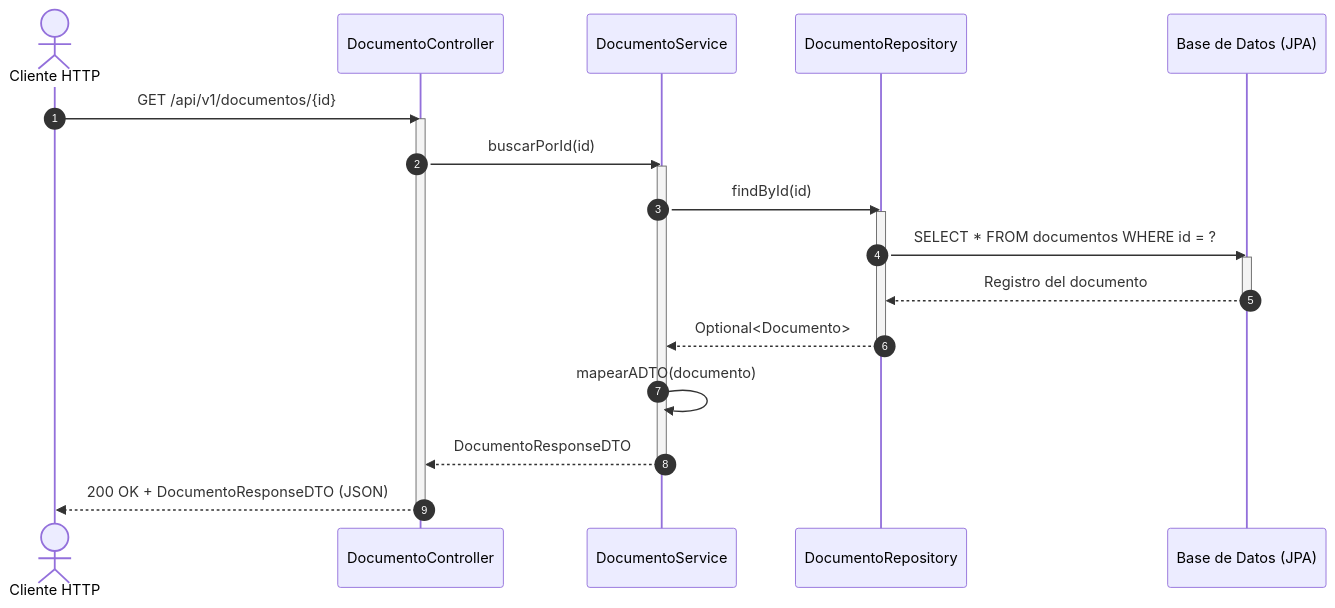
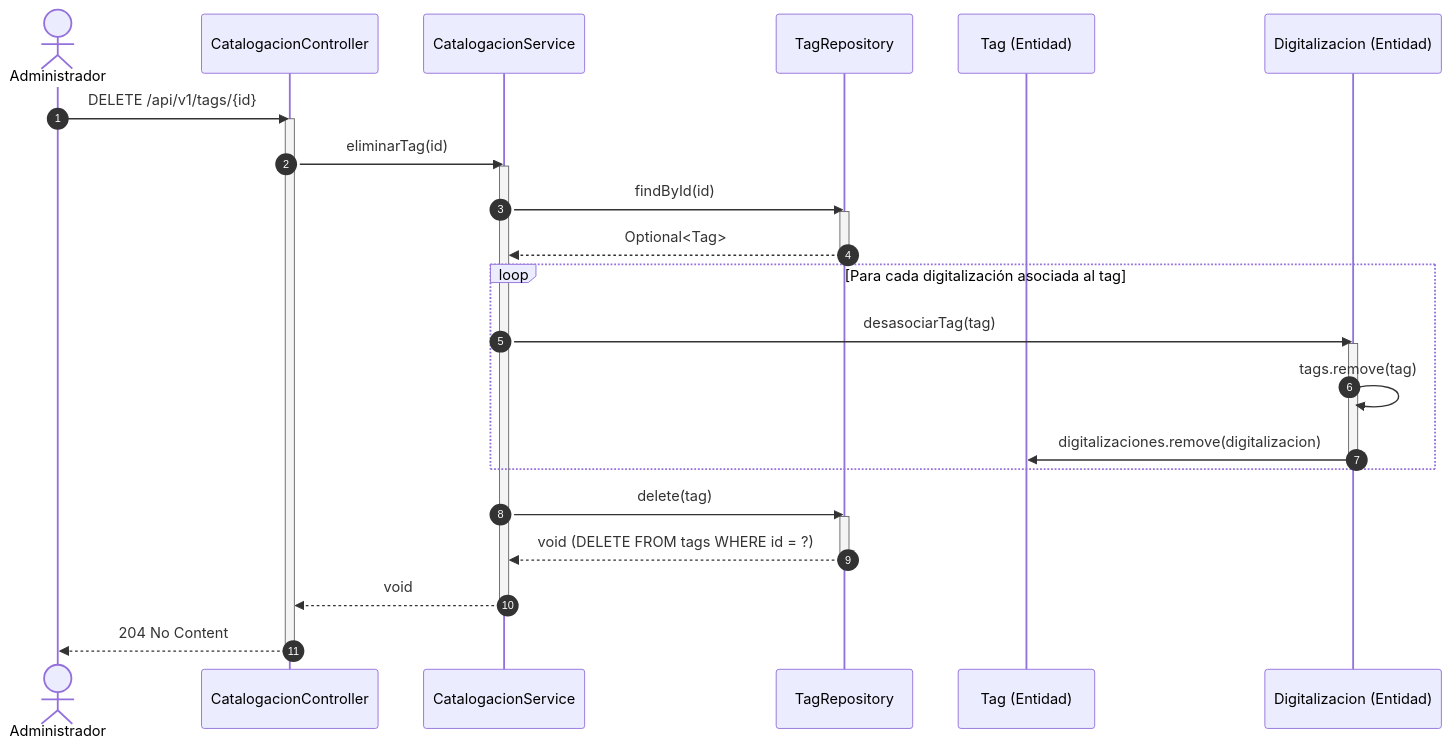
Before and after one commit to crisandersen8-png/tp-integrador-archivo-digital-los-picac-digo: the second of 4 diagrams in docs/diagramas/secuencias.md, drawn with Mermaid. The commit also changed other lines of this file and 2 other files, not shown here.

Commit message:
diagramas

````diff
--- a/docs/diagramas/secuencias.md
+++ b/docs/diagramas/secuencias.md
@@ -11,29 +73,39 @@
 ```mermaid
 sequenceDiagram
     autonumber
-    actor Cliente as Cliente HTTP
-    participant Controller as DocumentoController
-    participant Service as DocumentoService
-    participant Repo as DocumentoRepository
-    participant DB as Base de Datos (JPA)
+    actor Admin as Administrador
+    participant Controller as CatalogacionController
+    participant Service as CatalogacionService
+    participant TagRepo as TagRepository
+    participant EntidadTag as Tag (Entidad)
+    participant EntidadDig as Digitalizacion (Entidad)
 
-    Cliente->>Controller: GET /api/v1/documentos/{id}
+    Admin->>Controller: DELETE /api/v1/tags/{id}
     activate Controller
-    Controller->>Service: buscarPorId(id)
+    Controller->>Service: eliminarTag(id)
     activate Service
-    Service->>Repo: findById(id)
-    activate Repo
-    Repo->>DB: SELECT * FROM documentos WHERE id = ?
-    activate DB
-    DB-->>Repo: Registro del documento
-    deactivate DB
-    Repo-->>Service: Optional<Documento>
-    deactivate Repo
 
-    Service->>Service: mapearADTO(documento)
-    Service-->>Controller: DocumentoResponseDTO
+    Service->>TagRepo: findById(id)
+    activate TagRepo
+    TagRepo-->>Service: Optional<Tag>
+    deactivate TagRepo
+
+    loop Para cada digitalización asociada al tag
+        Service->>EntidadDig: desasociarTag(tag)
+        activate EntidadDig
+        EntidadDig->>EntidadDig: tags.remove(tag)
+        EntidadDig->>EntidadTag: digitalizaciones.remove(digitalizacion)
+        deactivate EntidadDig
+    end
+
+    Service->>TagRepo: delete(tag)
+    activate TagRepo
+    TagRepo-->>Service: void (DELETE FROM tags WHERE id = ?)
+    deactivate TagRepo
+
+    Service-->>Controller: void
     deactivate Service
 
-    Controller-->>Cliente: 200 OK + DocumentoResponseDTO (JSON)
+    Controller-->>Admin: 204 No Content
     deactivate Controller
 ```
````
